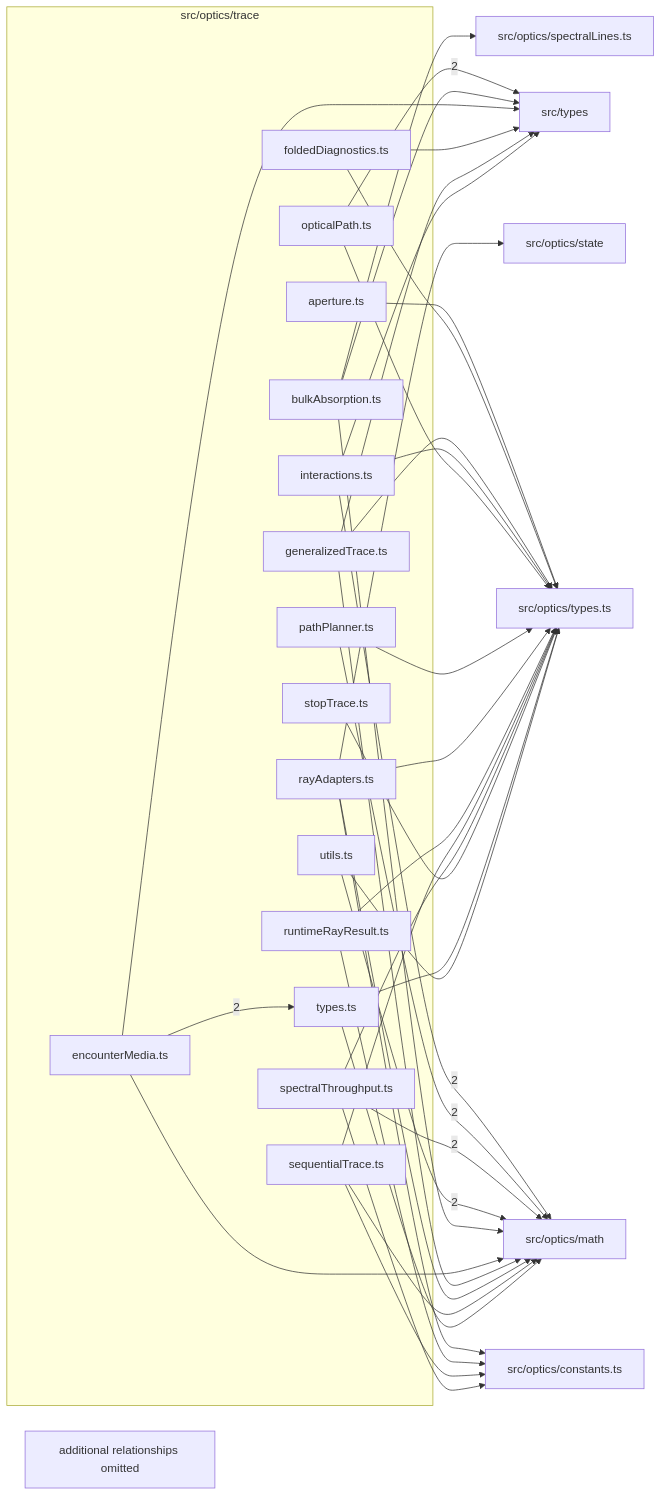
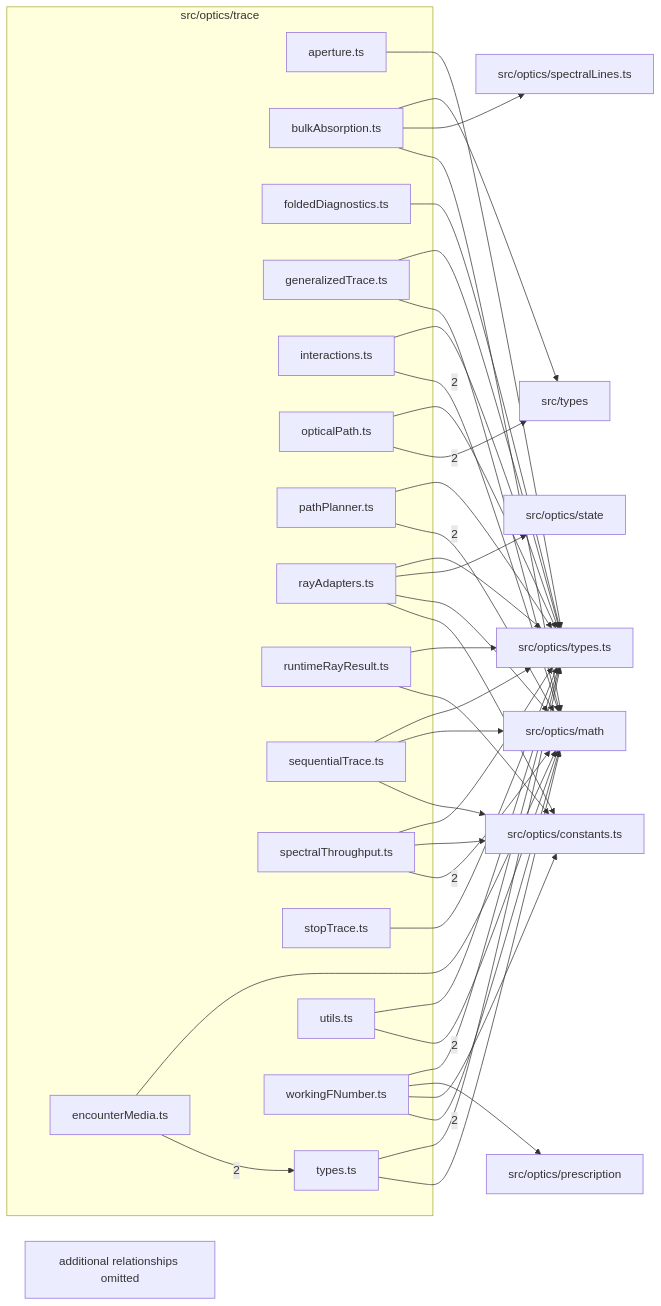
The diagram in src/optics/trace/readme.md (ronbuening/LensVisualizer), drawn with Mermaid before and after one commit. The commit also changed other lines of this file and 8 other files, not shown here.

Commit message:
feat(optics): calculate working aperture from exact marginal rays

````diff
--- a/src/optics/trace/readme.md
+++ b/src/optics/trace/readme.md
@@ -9,63 +9,65 @@
 ```mermaid
 flowchart LR
   subgraph n_src_optics_trace["src/optics/trace"]
     n_src_optics_trace_src_optics_trace_aperture_ts["aperture.ts"]
     n_src_optics_trace_src_optics_trace_bulkAbsorption_ts["bulkAbsorption.ts"]
     n_src_optics_trace_src_optics_trace_encounterMedia_ts["encounterMedia.ts"]
     n_src_optics_trace_src_optics_trace_foldedDiagnostics_ts["foldedDiagnostics.ts"]
     n_src_optics_trace_src_optics_trace_generalizedTrace_ts["generalizedTrace.ts"]
     n_src_optics_trace_src_optics_trace_interactions_ts["interactions.ts"]
     n_src_optics_trace_src_optics_trace_opticalPath_ts["opticalPath.ts"]
     n_src_optics_trace_src_optics_trace_pathPlanner_ts["pathPlanner.ts"]
     n_src_optics_trace_src_optics_trace_rayAdapters_ts["rayAdapters.ts"]
     n_src_optics_trace_src_optics_trace_runtimeRayResult_ts["runtimeRayResult.ts"]
     n_src_optics_trace_src_optics_trace_sequentialTrace_ts["sequentialTrace.ts"]
     n_src_optics_trace_src_optics_trace_spectralThroughput_ts["spectralThroughput.ts"]
     n_src_optics_trace_src_optics_trace_stopTrace_ts["stopTrace.ts"]
     n_src_optics_trace_src_optics_trace_types_ts["types.ts"]
     n_src_optics_trace_src_optics_trace_utils_ts["utils.ts"]
+    n_src_optics_trace_src_optics_trace_workingFNumber_ts["workingFNumber.ts"]
   end
   n_external_src_optics_math["src/optics/math"]
   n_external_src_types["src/types"]
   n_external_src_optics_constants_ts["src/optics/constants.ts"]
+  n_external_src_optics_prescription["src/optics/prescription"]
   n_external_src_optics_spectralLines_ts["src/optics/spectralLines.ts"]
   n_external_src_optics_state["src/optics/state"]
   n_external_src_optics_types_ts["src/optics/types.ts"]
   n_src_optics_trace_src_optics_trace_interactions_ts --> |2| n_external_src_optics_math
   n_src_optics_trace_src_optics_trace_pathPlanner_ts --> |2| n_external_src_optics_math
   n_src_optics_trace_src_optics_trace_spectralThroughput_ts --> |2| n_external_src_optics_math
   n_src_optics_trace_src_optics_trace_utils_ts --> |2| n_external_src_optics_math
+  n_src_optics_trace_src_optics_trace_workingFNumber_ts --> |2| n_external_src_optics_math
   n_src_optics_trace_src_optics_trace_opticalPath_ts --> |2| n_external_src_types
   n_src_optics_trace_src_optics_trace_encounterMedia_ts --> |2| n_src_optics_trace_src_optics_trace_types_ts
   n_src_optics_trace_src_optics_trace_rayAdapters_ts --> n_external_src_optics_constants_ts
   n_src_optics_trace_src_optics_trace_runtimeRayResult_ts --> n_external_src_optics_constants_ts
   n_src_optics_trace_src_optics_trace_sequentialTrace_ts --> n_external_src_optics_constants_ts
   n_src_optics_trace_src_optics_trace_spectralThroughput_ts --> n_external_src_optics_constants_ts
+  n_src_optics_trace_src_optics_trace_workingFNumber_ts --> n_external_src_optics_constants_ts
   n_src_optics_trace_src_optics_trace_bulkAbsorption_ts --> n_external_src_optics_math
   n_src_optics_trace_src_optics_trace_encounterMedia_ts --> n_external_src_optics_math
   n_src_optics_trace_src_optics_trace_generalizedTrace_ts --> n_external_src_optics_math
   n_src_optics_trace_src_optics_trace_rayAdapters_ts --> n_external_src_optics_math
   n_src_optics_trace_src_optics_trace_sequentialTrace_ts --> n_external_src_optics_math
   n_src_optics_trace_src_optics_trace_types_ts --> n_external_src_optics_math
+  n_src_optics_trace_src_optics_trace_workingFNumber_ts --> n_external_src_optics_prescription
   n_src_optics_trace_src_optics_trace_bulkAbsorption_ts --> n_external_src_optics_spectralLines_ts
   n_src_optics_trace_src_optics_trace_rayAdapters_ts --> n_external_src_optics_state
   n_src_optics_trace_src_optics_trace_aperture_ts --> n_external_src_optics_types_ts
   n_src_optics_trace_src_optics_trace_foldedDiagnostics_ts --> n_external_src_optics_types_ts
   n_src_optics_trace_src_optics_trace_generalizedTrace_ts --> n_external_src_optics_types_ts
   n_src_optics_trace_src_optics_trace_interactions_ts --> n_external_src_optics_types_ts
   n_src_optics_trace_src_optics_trace_opticalPath_ts --> n_external_src_optics_types_ts
   n_src_optics_trace_src_optics_trace_pathPlanner_ts --> n_external_src_optics_types_ts
   n_src_optics_trace_src_optics_trace_rayAdapters_ts --> n_external_src_optics_types_ts
   n_src_optics_trace_src_optics_trace_runtimeRayResult_ts --> n_external_src_optics_types_ts
   n_src_optics_trace_src_optics_trace_sequentialTrace_ts --> n_external_src_optics_types_ts
   n_src_optics_trace_src_optics_trace_spectralThroughput_ts --> n_external_src_optics_types_ts
   n_src_optics_trace_src_optics_trace_stopTrace_ts --> n_external_src_optics_types_ts
   n_src_optics_trace_src_optics_trace_types_ts --> n_external_src_optics_types_ts
   n_src_optics_trace_src_optics_trace_utils_ts --> n_external_src_optics_types_ts
+  n_src_optics_trace_src_optics_trace_workingFNumber_ts --> n_external_src_optics_types_ts
   n_src_optics_trace_src_optics_trace_bulkAbsorption_ts --> n_external_src_types
-  n_src_optics_trace_src_optics_trace_encounterMedia_ts --> n_external_src_types
-  n_src_optics_trace_src_optics_trace_foldedDiagnostics_ts --> n_external_src_types
-  n_src_optics_trace_src_optics_trace_generalizedTrace_ts --> n_external_src_types
-  n_src_optics_trace_src_optics_trace_interactions_ts --> n_external_src_types
   n_src_optics_trace_truncated["additional relationships omitted"]
 ```
````
